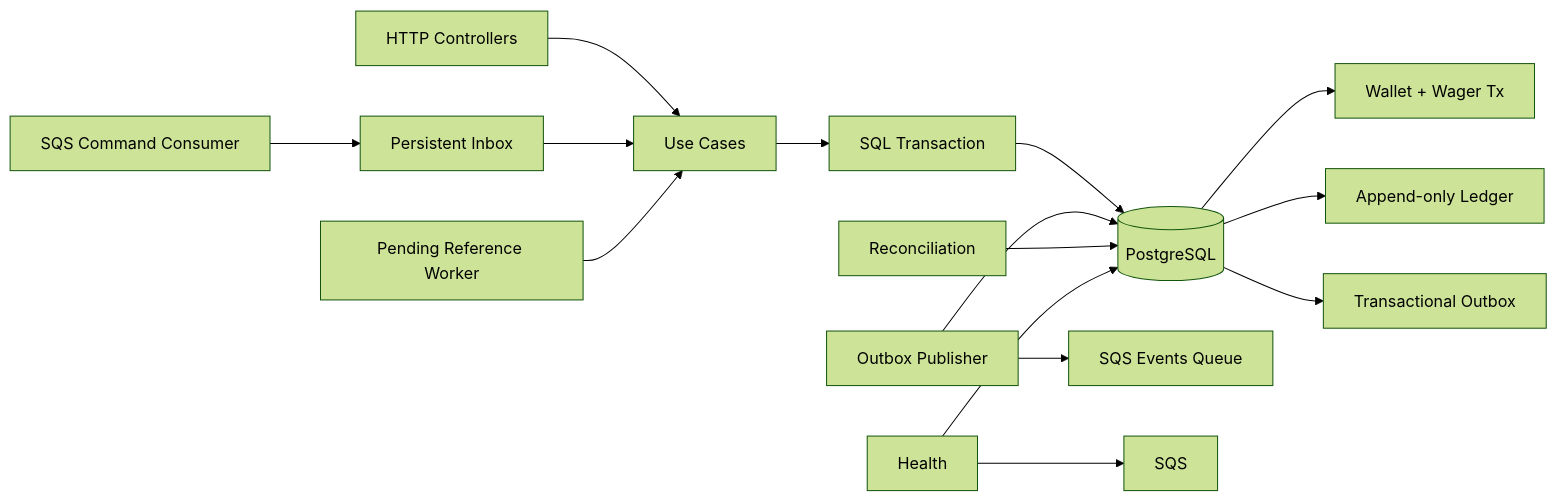
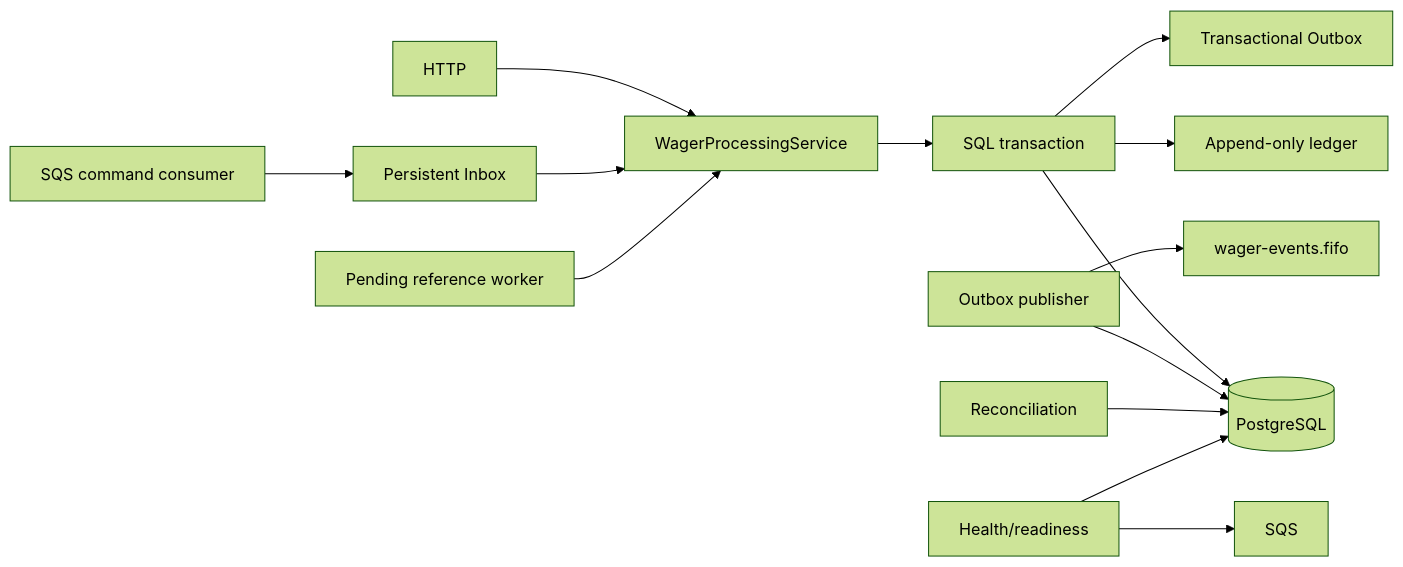
One commit to RicardoSenna4/jungle-gaming-backend changed the diagram in docs/20_ARCHITECTURE_PLAN.md. Above: the diagram before and after it, drawn with Mermaid (forest theme). The commit also changed other lines of this file and 11 other files, not shown here.

````diff
--- a/docs/20_ARCHITECTURE_PLAN.md
+++ b/docs/20_ARCHITECTURE_PLAN.md
@@ -42,17 +29,16 @@
 ```mermaid
 flowchart LR
-  H[HTTP Controllers] --> U[Use Cases]
-  C[SQS Command Consumer] --> I[Persistent Inbox]
+  H[HTTP] --> U[WagerProcessingService]
+  C[SQS command consumer] --> I[Persistent Inbox]
   I --> U
-  U --> T[SQL Transaction]
+  U --> T[SQL transaction]
   T --> P[(PostgreSQL)]
-  P --> W[Wallet + Wager Tx]
-  P --> L[Append-only Ledger]
-  P --> O[Transactional Outbox]
-  OP[Outbox Publisher] --> P
-  OP --> E[SQS Events Queue]
-  PR[Pending Reference Worker] --> U
+  T --> L[Append-only ledger]
+  T --> O[Transactional Outbox]
+  OP[Outbox publisher] --> P
+  OP --> E[wager-events.fifo]
+  PR[Pending reference worker] --> U
   RC[Reconciliation] --> P
-  HC[Health] --> P
+  HC[Health/readiness] --> P
   HC --> Q[SQS]
 ```
````
